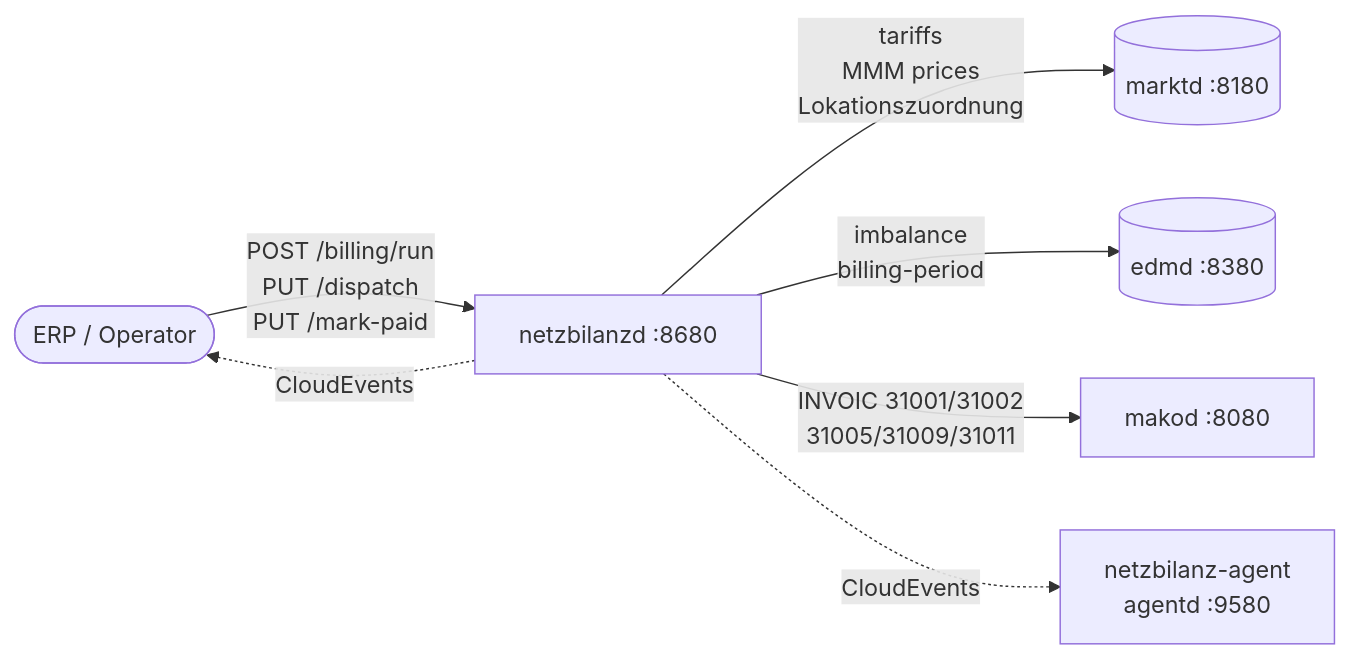
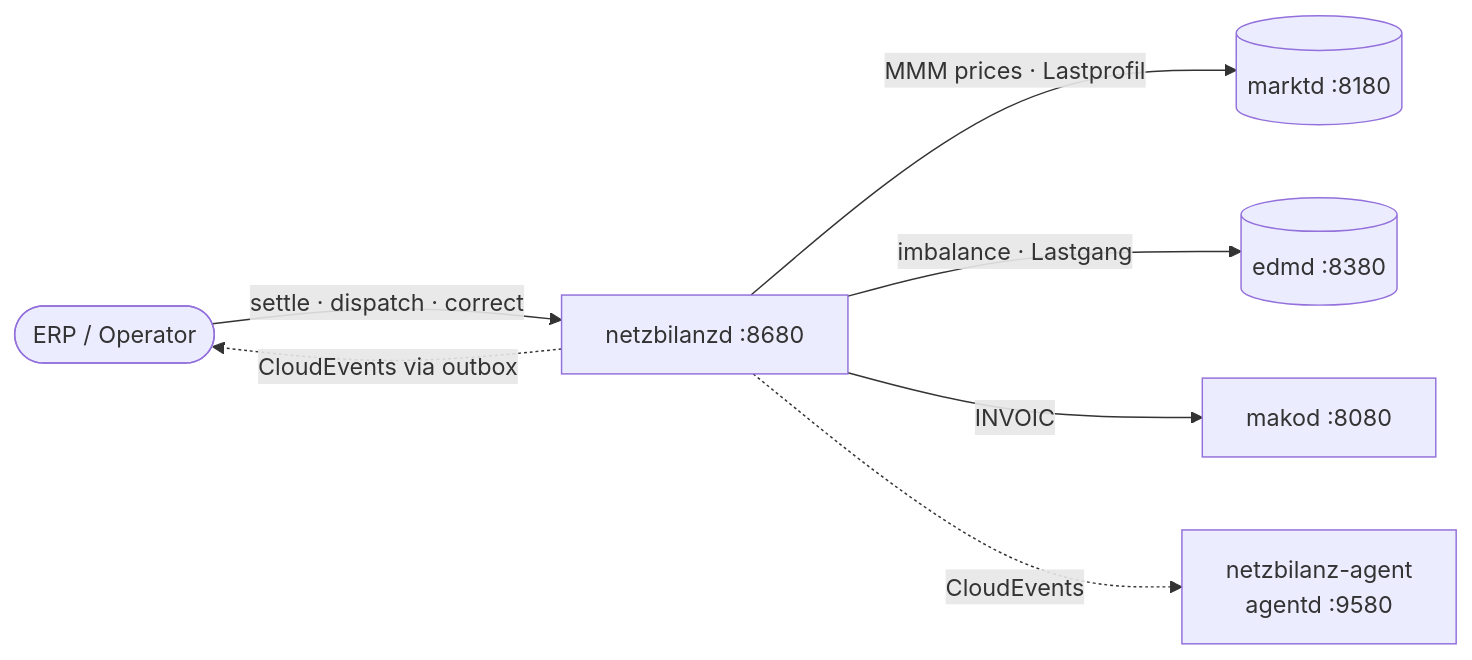
The second of 4 diagrams in site/content/docs/services/netzbilanzd.md (hupe1980/mako), drawn with Mermaid before and after one commit. The commit also changed other lines of this file and 47 other files, not shown here.

````diff
--- a/site/content/docs/services/netzbilanzd.md
+++ b/site/content/docs/services/netzbilanzd.md
@@ -73,16 +68,16 @@
 ```mermaid
 graph LR
     ERP([ERP / Operator])
     nd[netzbilanzd :8680]
     marktd[(marktd :8180)]
     edmd[(edmd :8380)]
     makod[makod :8080]
-    netzbilanz-agent[netzbilanz-agent<br/>agentd :9580]
+    agent[netzbilanz-agent<br/>agentd :9580]
 
-    ERP -->|POST /billing/run<br/>PUT /dispatch<br/>PUT /mark-paid| nd
-    nd -->|tariffs<br/>MMM prices<br/>Lokationszuordnung| marktd
-    nd -->|imbalance<br/>billing-period| edmd
-    nd -->|INVOIC 31001/31002<br/>31005/31009/31011| makod
-    nd -.->|CloudEvents| ERP
-    nd -.->|CloudEvents| netzbilanz-agent
+    ERP -->|settle · dispatch · correct| nd
+    nd -->|MMM prices · Lastprofil| marktd
+    nd -->|imbalance · Lastgang| edmd
+    nd -->|INVOIC| makod
+    nd -.->|CloudEvents via outbox| ERP
+    nd -.->|CloudEvents| agent
 ```
````
